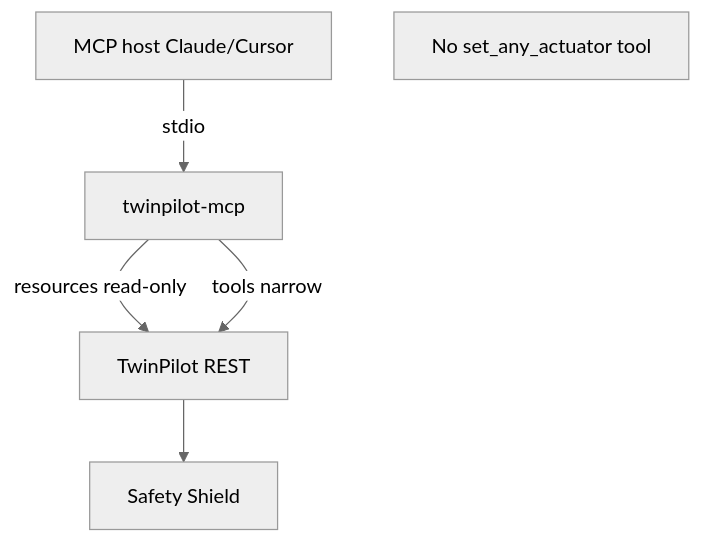
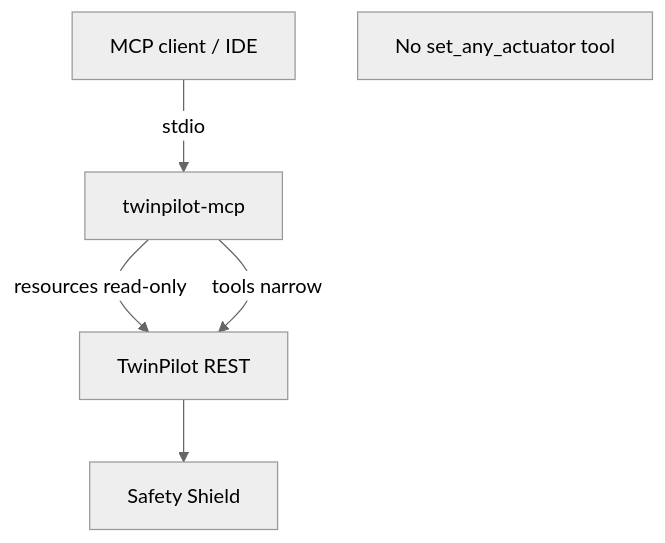
One commit to alphasafal/Twincity- changed the fourth of 6 diagrams in docs/ARCHITECTURE.md. Above: the diagram before and after it, drawn with Mermaid (neutral theme). The commit also changed 86 other files, not shown here.

````diff
--- a/docs/ARCHITECTURE.md
+++ b/docs/ARCHITECTURE.md
@@ -98,8 +98,8 @@
 ```mermaid
 flowchart TB
-  Host[MCP host Claude/Cursor] -->|stdio| Server[twinpilot-mcp]
+  Host[MCP client / IDE] -->|stdio| Server[twinpilot-mcp]
   Server -->|resources read-only| API[TwinPilot REST]
   Server -->|tools narrow| API
   API --> Shield[Safety Shield]
   note1[No set_any_actuator tool]
 ```
````
